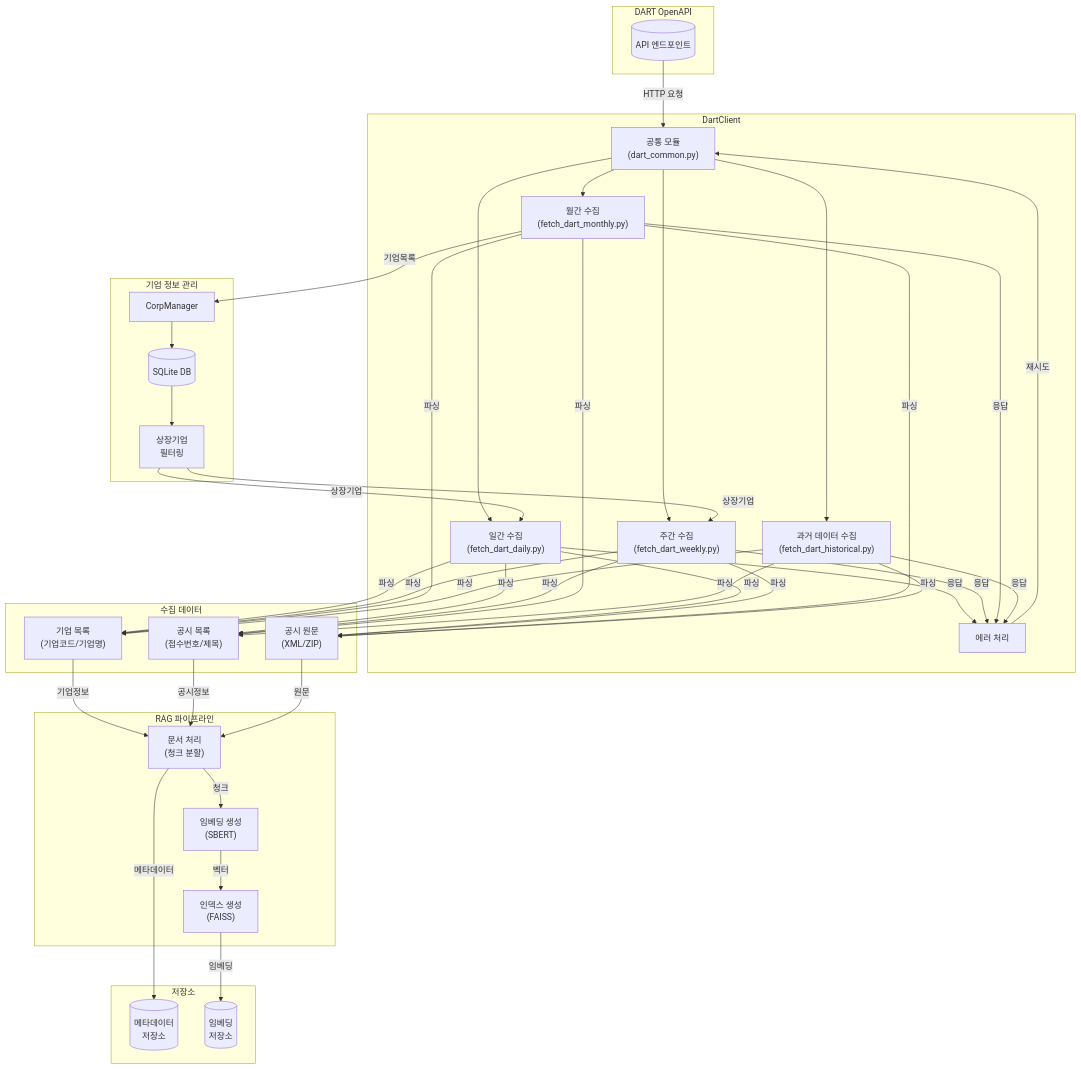
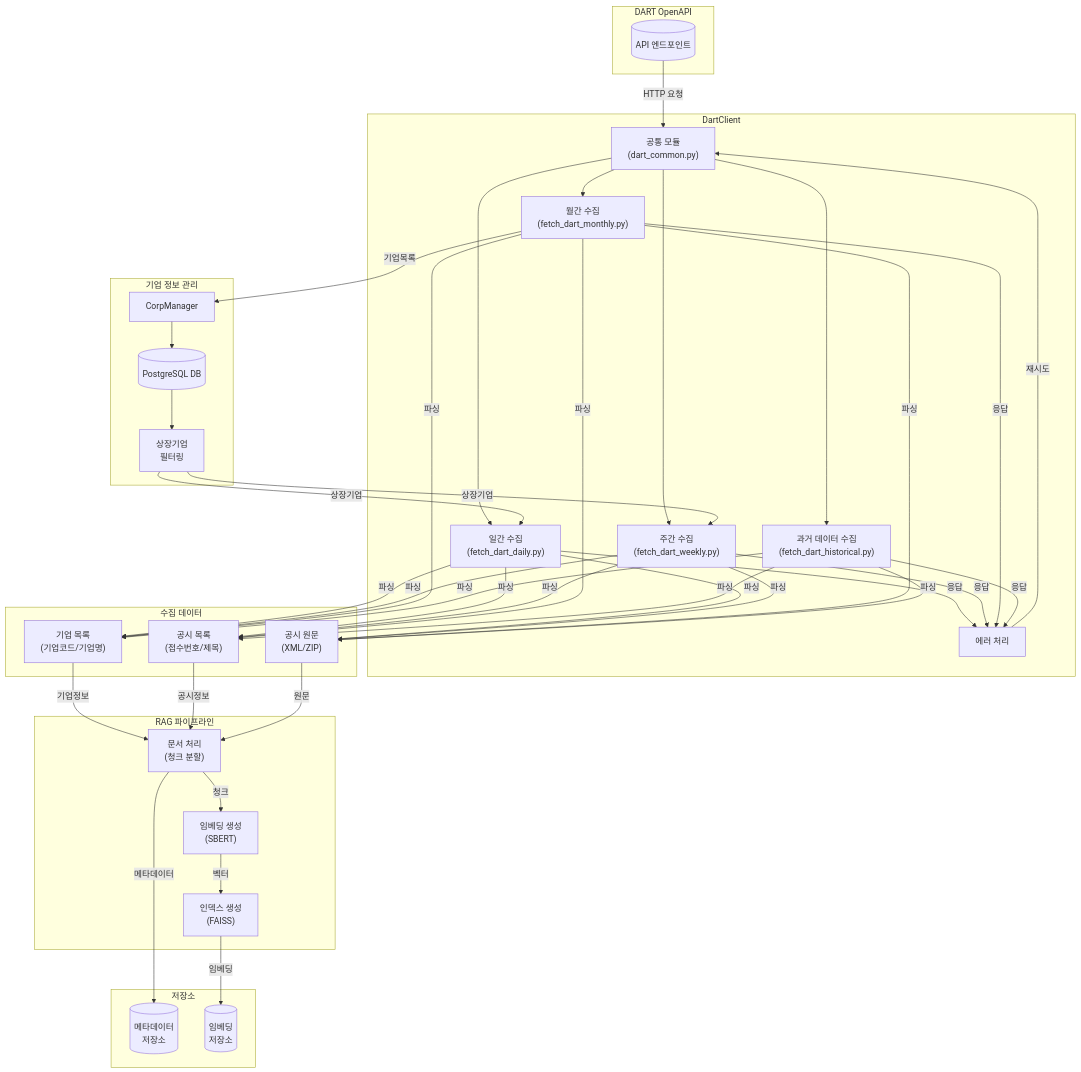
One commit to coding-911/JoopJoopBot changed the diagram in docs/data-collection/DART-PIPELINE.md. Above: the diagram before and after it, drawn with Mermaid. The commit also changed other lines of this file, not shown here.

````diff
--- a/docs/data-collection/DART-PIPELINE.md
+++ b/docs/data-collection/DART-PIPELINE.md
@@ -9,81 +9,81 @@
 ```mermaid
 graph TB
     subgraph DART["DART OpenAPI"]
         API[("API 엔드포인트")]
     end
 
     subgraph Client["DartClient"]
         Common["공통 모듈<br/>(dart_common.py)"]
         Daily["일간 수집<br/>(fetch_dart_daily.py)"]
         Weekly["주간 수집<br/>(fetch_dart_weekly.py)"]
         Monthly["월간 수집<br/>(fetch_dart_monthly.py)"]
         Historical["과거 데이터 수집<br/>(fetch_dart_historical.py)"]
         Error["에러 처리"]
     end
 
     subgraph CorpDB["기업 정보 관리"]
         Manager["CorpManager"]
-        SQLite[("SQLite DB")]
+        Postgres[("PostgreSQL DB")]
         Listed["상장기업<br/>필터링"]
     end
 
     subgraph Data["수집 데이터"]
         Corps["기업 목록<br/>(기업코드/기업명)"]
         Discs["공시 목록<br/>(접수번호/제목)"]
         Docs["공시 원문<br/>(XML/ZIP)"]
     end
 
     subgraph Pipeline["RAG 파이프라인"]
         Process["문서 처리<br/>(청크 분할)"]
         Embed["임베딩 생성<br/>(SBERT)"]
         Index["인덱스 생성<br/>(FAISS)"]
     end
 
     subgraph Storage["저장소"]
         Meta[("메타데이터<br/>저장소")]
         Vector[("임베딩<br/>저장소")]
     end
 
     API --> |"HTTP 요청"| Common
     Common --> Daily
     Common --> Weekly
     Common --> Monthly
     Common --> Historical
     
     Daily --> |"응답"| Error
     Weekly --> |"응답"| Error
     Monthly --> |"응답"| Error
     Historical --> |"응답"| Error
     Error --> |"재시도"| Common
     
     Monthly --> |"기업목록"| Manager
-    Manager --> SQLite
-    SQLite --> Listed
+    Manager --> Postgres
+    Postgres --> Listed
     Listed --> |"상장기업"| Daily
     Listed --> |"상장기업"| Weekly
     
     Daily --> |"파싱"| Corps
     Weekly --> |"파싱"| Corps
     Monthly --> |"파싱"| Corps
     Historical --> |"파싱"| Corps
     
     Daily --> |"파싱"| Discs
     Weekly --> |"파싱"| Discs
     Monthly --> |"파싱"| Discs
     Historical --> |"파싱"| Discs
     
     Daily --> |"파싱"| Docs
     Weekly --> |"파싱"| Docs
     Monthly --> |"파싱"| Docs
     Historical --> |"파싱"| Docs
     
     Corps --> |"기업정보"| Process
     Discs --> |"공시정보"| Process
     Docs --> |"원문"| Process
     
     Process --> |"청크"| Embed
     Embed --> |"벡터"| Index
     
     Process --> |"메타데이터"| Meta
     Index --> |"임베딩"| Vector
 ```
````
